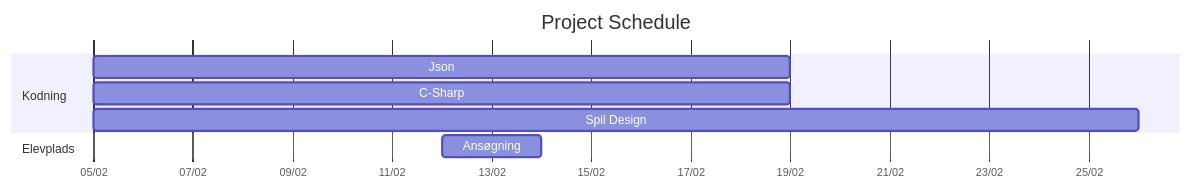
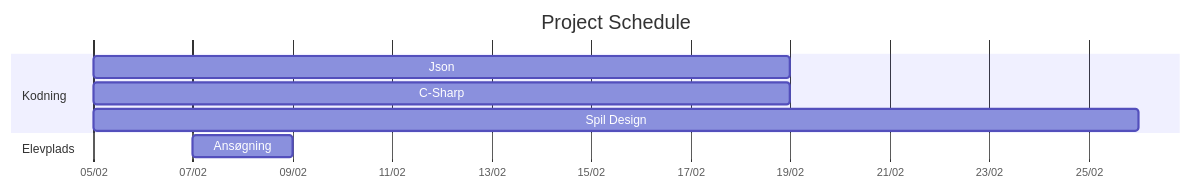
One commit to Napow-git/TEC-P1 changed the diagram in README.md. Above: the diagram before and after it, drawn with Mermaid.

````diff
--- a/README.md
+++ b/README.md
@@ -3,27 +3,27 @@
 ```mermaid
 
 gantt
 
     title Project Schedule
 
     dateFormat DD-MM-YYYY
 
     axisFormat %d/%m
 
  
 
     section Kodning
 
     Json: 05-02-2024, 14d
 
     C-Sharp : 05-02-2024, 14d
 
     Spil Design : 05-02-2024, 21d
 
  
 
     section Elevplads
 
-    Ansøgning : 12-02-2024, 2d
+    Ansøgning : 07-02-2024, 2d
 
 ```
````
